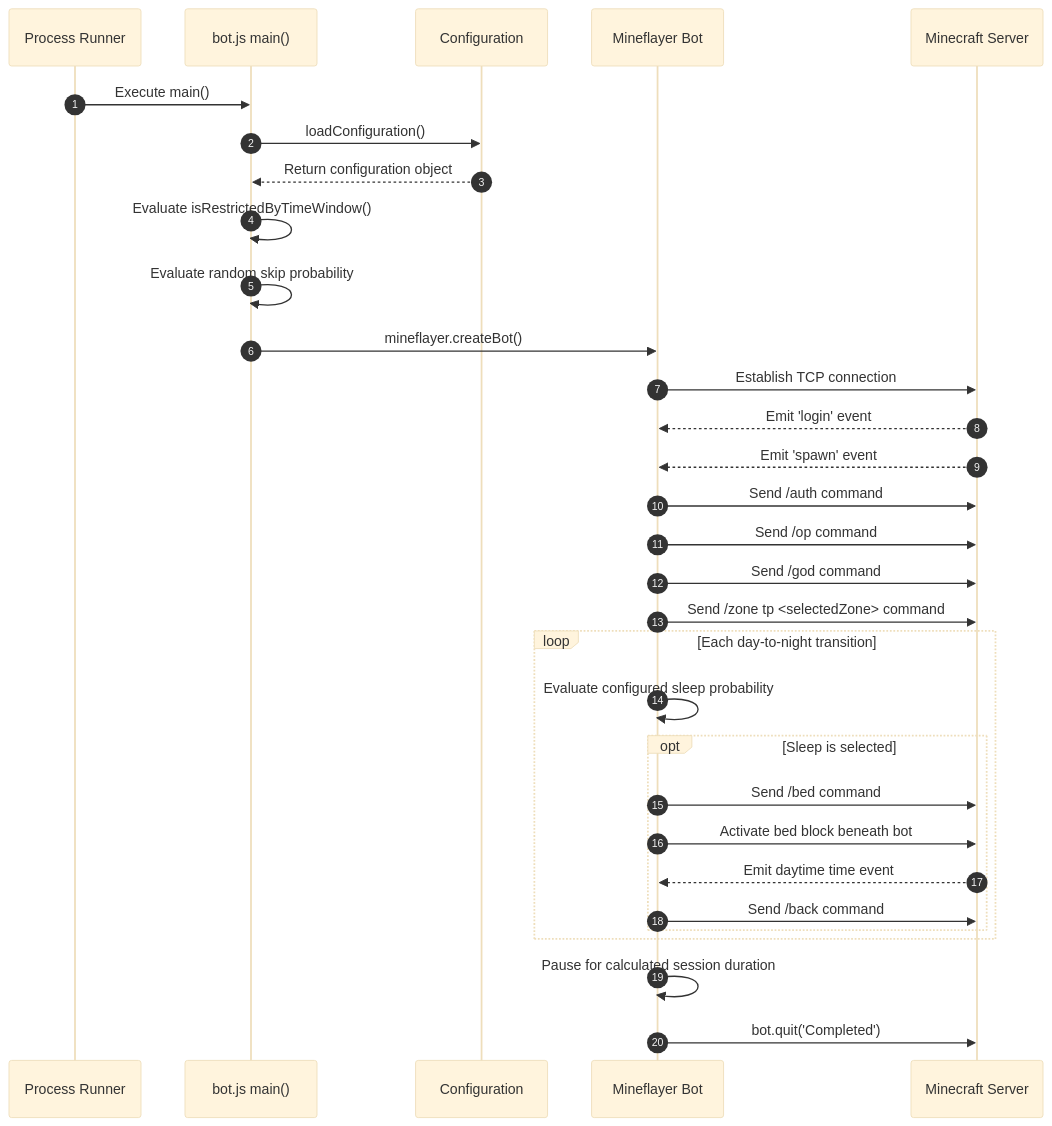
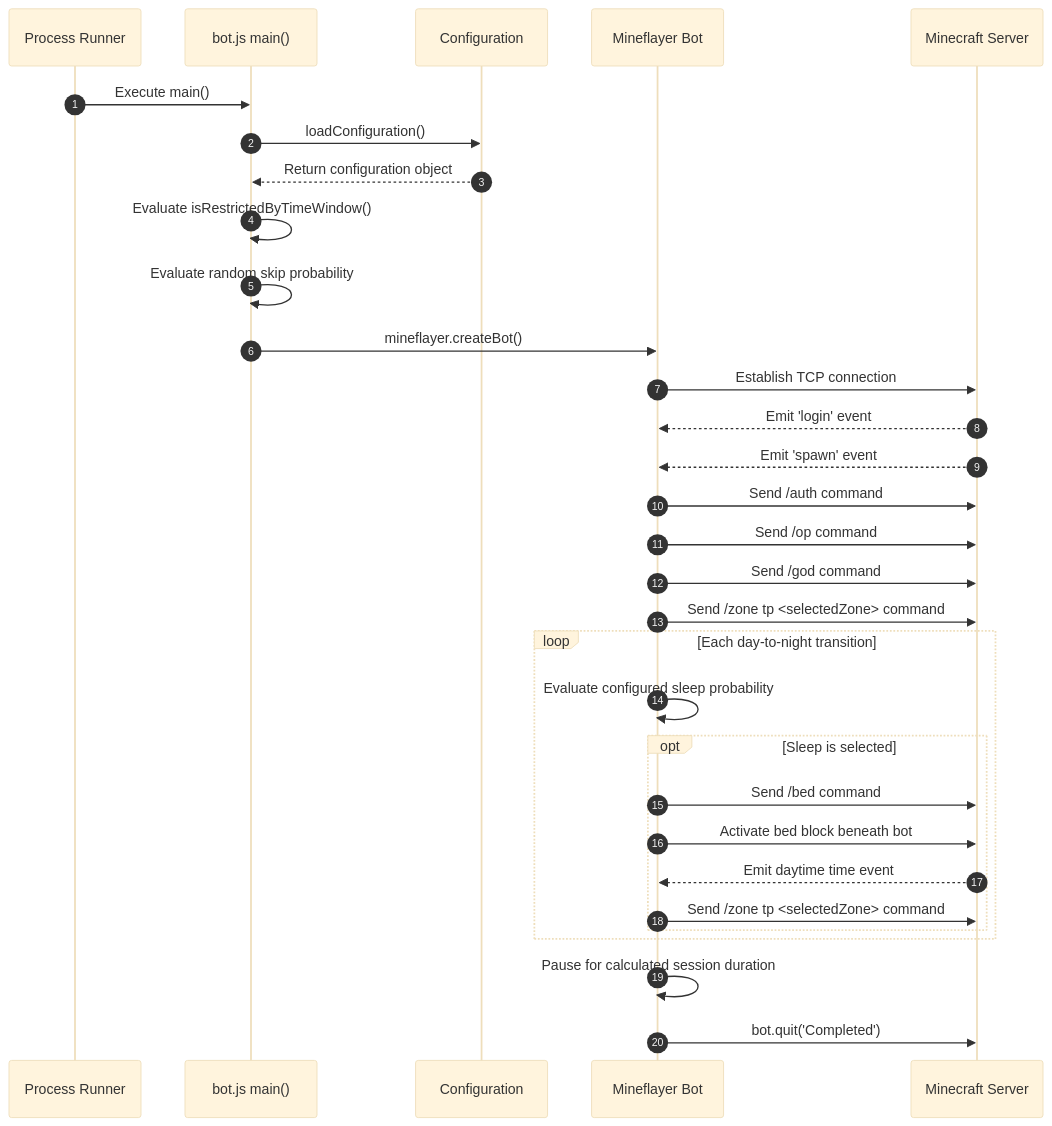
One commit to hmlendea/minecraft-afk-bot changed the third of 7 diagrams in ARCHITECTURE.md. Above: the diagram before and after it, drawn with Mermaid (base theme). The commit also changed other lines of this file and 3 other files, not shown here.

Commit message:
sleep: Zone teleport instead of back command

````diff
--- a/ARCHITECTURE.md
+++ b/ARCHITECTURE.md
@@ -84,34 +84,34 @@
 ```mermaid
 sequenceDiagram
     autonumber
     participant CLI as Process Runner
     participant Main as bot.js main()
     participant Config as Configuration
     participant Bot as Mineflayer Bot
     participant Server as Minecraft Server
 
     CLI->>Main: Execute main()
     Main->>Config: loadConfiguration()
     Config-->>Main: Return configuration object
     Main->>Main: Evaluate isRestrictedByTimeWindow()
     Main->>Main: Evaluate random skip probability
     Main->>Bot: mineflayer.createBot()
     Bot->>Server: Establish TCP connection
     Server-->>Bot: Emit 'login' event
     Server-->>Bot: Emit 'spawn' event
     Bot->>Server: Send /auth command
     Bot->>Server: Send /op command
     Bot->>Server: Send /god command
     Bot->>Server: Send /zone tp <selectedZone> command
     loop Each day-to-night transition
       Bot->>Bot: Evaluate configured sleep probability
       opt Sleep is selected
         Bot->>Server: Send /bed command
         Bot->>Server: Activate bed block beneath bot
         Server-->>Bot: Emit daytime time event
-        Bot->>Server: Send /back command
+            Bot->>Server: Send /zone tp <selectedZone> command
       end
     end
     Bot->>Bot: Pause for calculated session duration
     Bot->>Server: bot.quit('Completed')
 ```
````
